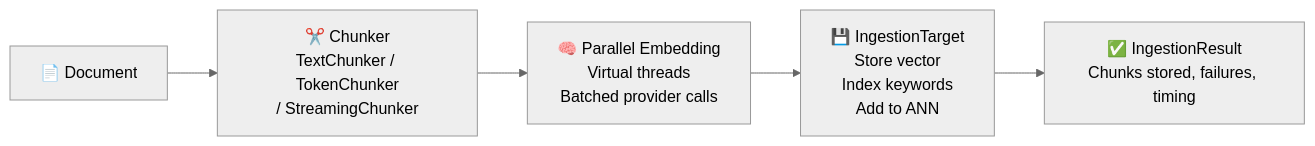
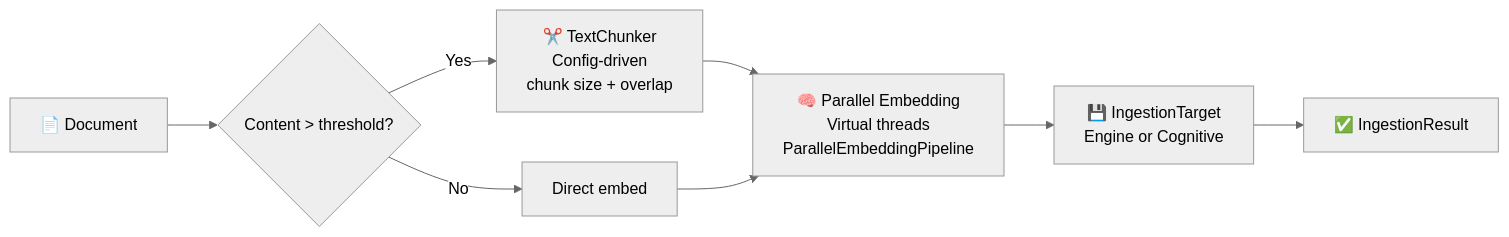
Before and after one commit to spectrayan/spector-search: the first of 2 diagrams in docs/docs/architecture/ingestion-pipeline.md, drawn with Mermaid (neutral theme). The commit also changed other lines of this file and 8 other files, not shown here.

Commit message:
docs: update architecture docs for memory module and ingestion pipeline

````diff
--- a/docs/docs/architecture/ingestion-pipeline.md
+++ b/docs/docs/architecture/ingestion-pipeline.md
@@ -37,7 +42,10 @@
 ```mermaid
 flowchart LR
-    A["📄 Document"] --> B["✂️ Chunker<br/>TextChunker / TokenChunker<br/>/ StreamingChunker"]
-    B --> C["🧠 Parallel Embedding<br/>Virtual threads<br/>Batched provider calls"]
-    C --> D["💾 IngestionTarget<br/>Store vector<br/>Index keywords<br/>Add to ANN"]
-    D --> E["✅ IngestionResult<br/>Chunks stored, failures, timing"]
+    A["📄 Document"] --> B{"Content > threshold?"}
+    B -->|Yes| C["✂️ TextChunker<br/>Config-driven<br/>chunk size + overlap"]
+    B -->|No| D["Direct embed"]
+    C --> E["🧠 Parallel Embedding<br/>Virtual threads<br/>ParallelEmbeddingPipeline"]
+    D --> E
+    E --> F["💾 IngestionTarget<br/>Engine or Cognitive"]
+    F --> G["✅ IngestionResult"]
 ```
````
